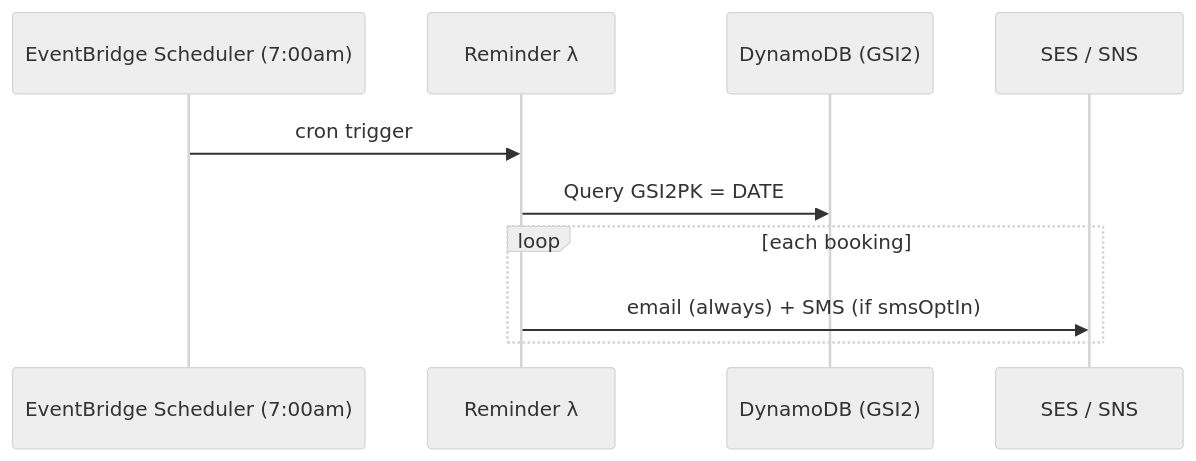
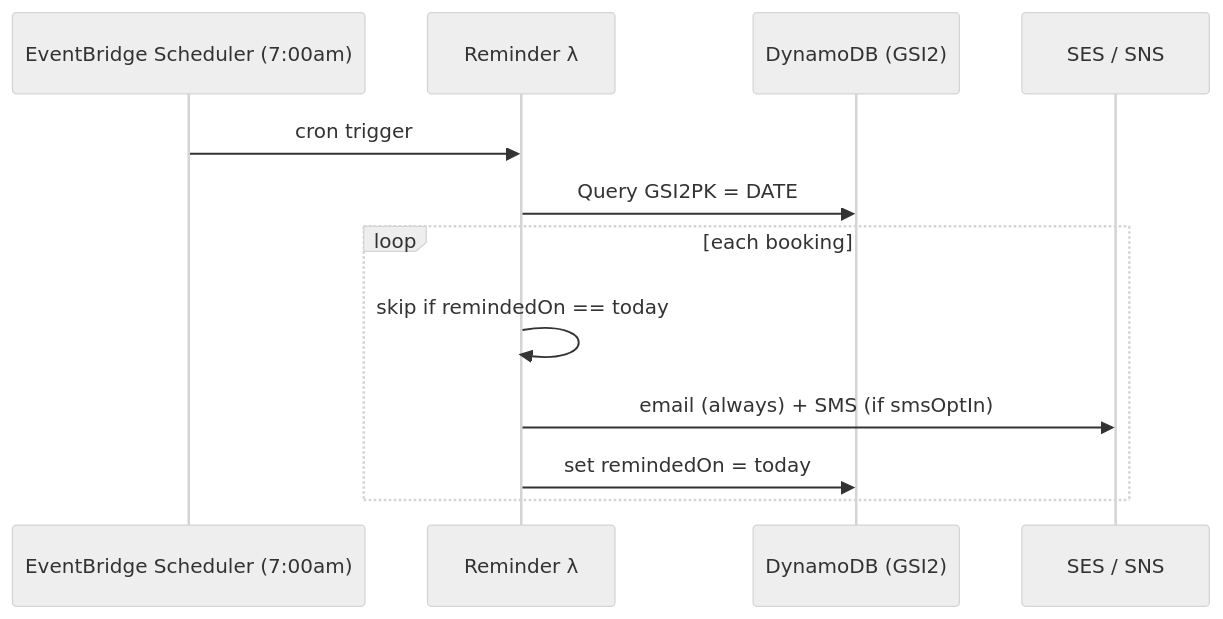
The fourth of 7 diagrams in docs/architecture.md (jessicamvega6/bladebook), drawn with Mermaid (neutral theme) before and after one commit. The commit also changed other lines of this file and 10 other files, not shown here.

````diff
--- a/docs/architecture.md
+++ b/docs/architecture.md
@@ -373,12 +537,14 @@
 ```mermaid
 sequenceDiagram
     participant Sch as EventBridge Scheduler (7:00am)
     participant R as Reminder λ
     participant DB as DynamoDB (GSI2)
     participant N as SES / SNS
     Sch->>R: cron trigger
     R->>DB: Query GSI2PK = DATE#today
     loop each booking
+        R->>R: skip if remindedOn == today
         R->>N: email (always) + SMS (if smsOptIn)
+        R->>DB: set remindedOn = today
     end
 ```
````
